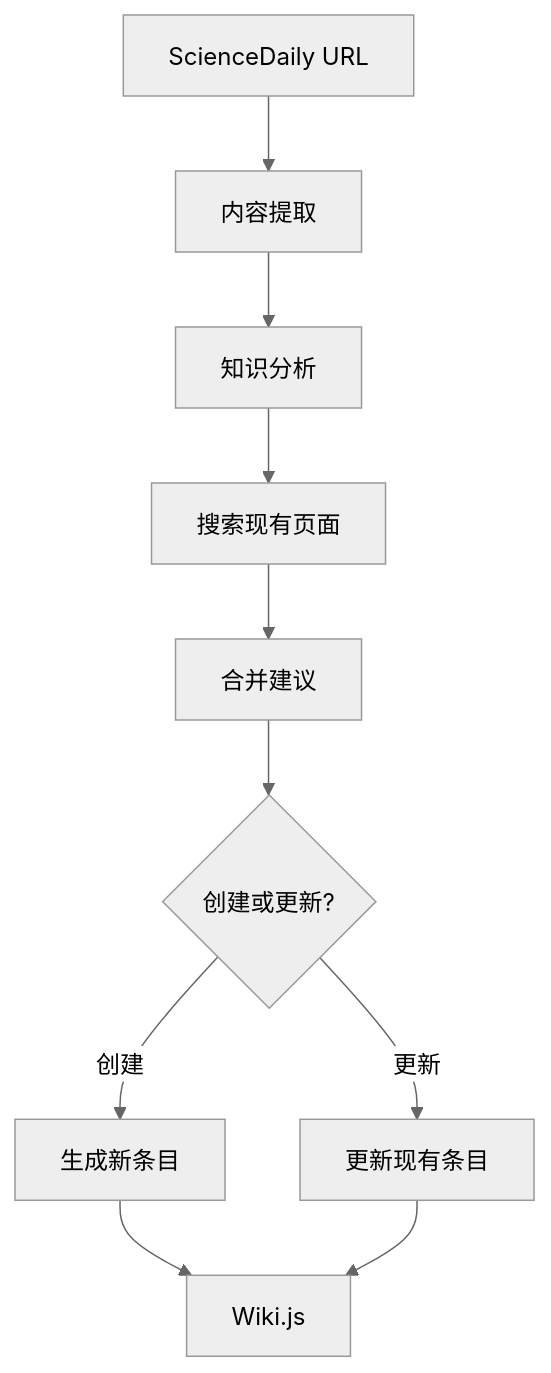
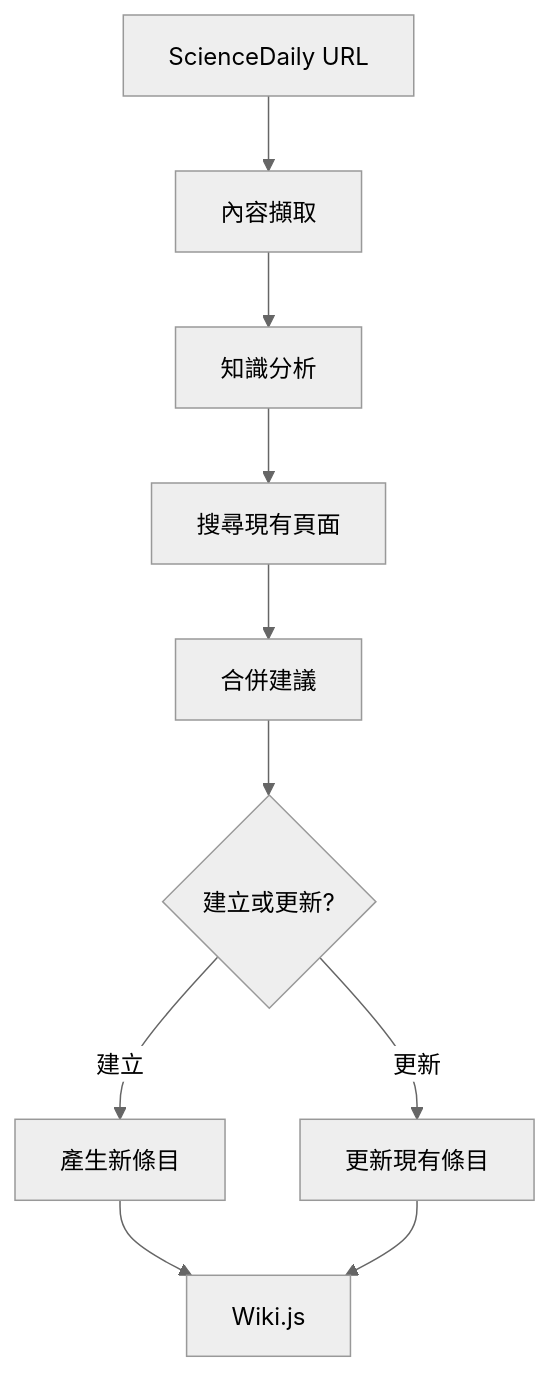
One commit to Kuan-Lun/paper2wikijs changed the diagram in EXAMPLES.md. Above: the diagram before and after it, drawn with Mermaid (neutral theme). The commit also changed other lines of this file and 1 other file, not shown here.

````diff
--- a/EXAMPLES.md
+++ b/EXAMPLES.md
@@ -88,12 +88,12 @@
 ```mermaid
 graph TD
-    A[ScienceDaily URL] --> B[内容提取]
-    B --> C[知识分析]
-    C --> D[搜索现有页面]
-    D --> E[合并建议]
-    E --> F{创建或更新?}
-    F -->|创建| G[生成新条目]
-    F -->|更新| H[更新现有条目]
+    A[ScienceDaily URL] --> B[內容擷取]
+    B --> C[知識分析]
+    C --> D[搜尋現有頁面]
+    D --> E[合併建議]
+    E --> F{建立或更新?}
+    F -->|建立| G[產生新條目]
+    F -->|更新| H[更新現有條目]
     G --> I[Wiki.js]
     H --> I
 ```
````
